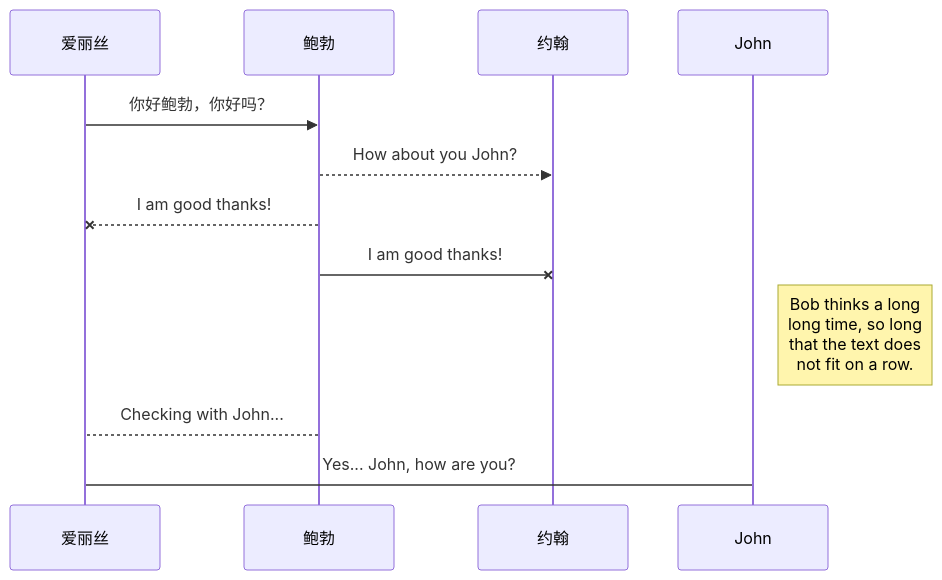
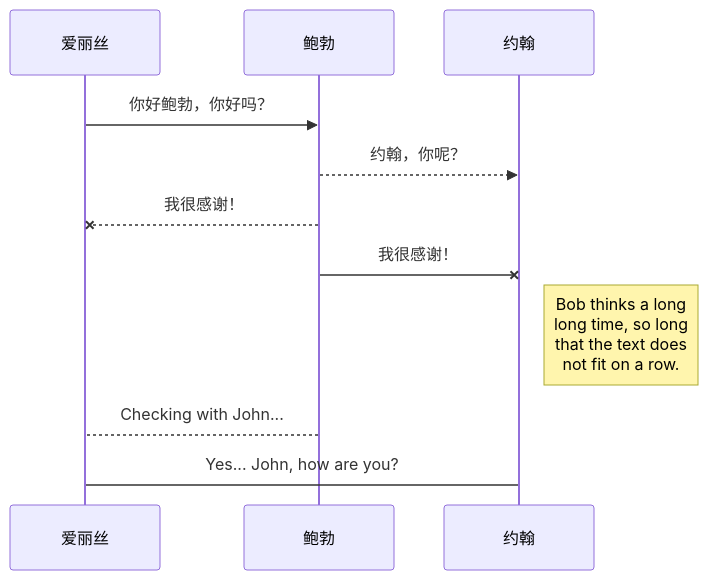
The second of 4 diagrams in 帮助.md (RisunJiang/notebook), drawn with Mermaid before and after one commit. The commit also changed other lines of this file, not shown here.

Commit message:
帮助.md updated from https://stackedit.io/

````diff
--- a/帮助.md
+++ b/帮助.md
@@ -138,11 +138,11 @@
 ```mermaid
 sequenceDiagram
 爱丽丝 ->> 鲍勃: 你好鲍勃，你好吗？
-鲍勃-->>约翰: How about you John?
-鲍勃--x 爱丽丝: I am good thanks!
-鲍勃-x 约翰: I am good thanks!
-Note right of John: Bob thinks a long<br/>long time, so long<br/>that the text does<br/>not fit on a row.
+鲍勃-->>约翰: 约翰，你呢？
+鲍勃--x 爱丽丝: 我很感谢！
+鲍勃-x 约翰: 我很感谢！
+Note right of 约翰: Bob thinks a long<br/>long time, so long<br/>that the text does<br/>not fit on a row.
 
 鲍勃-->爱丽丝: Checking with John...
-爱丽丝->John: Yes... John, how are you?
+爱丽丝->约翰: Yes... John, how are you?
 ```
````
